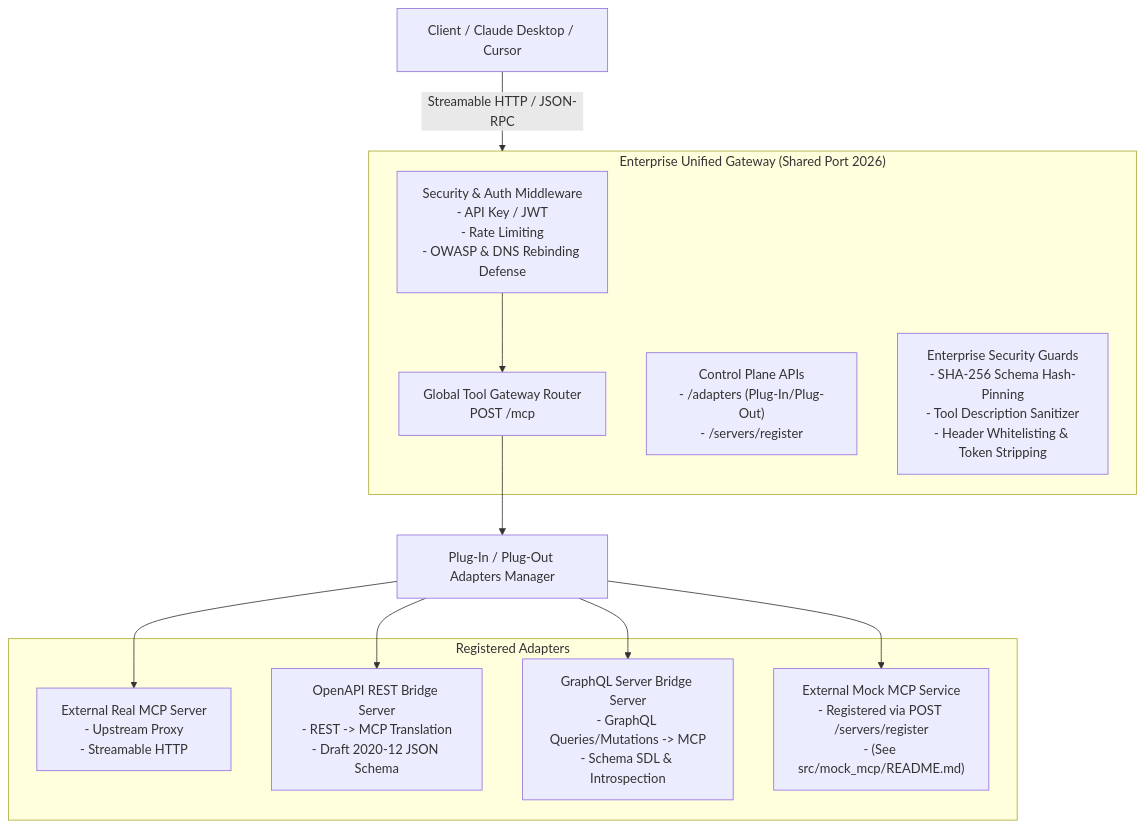
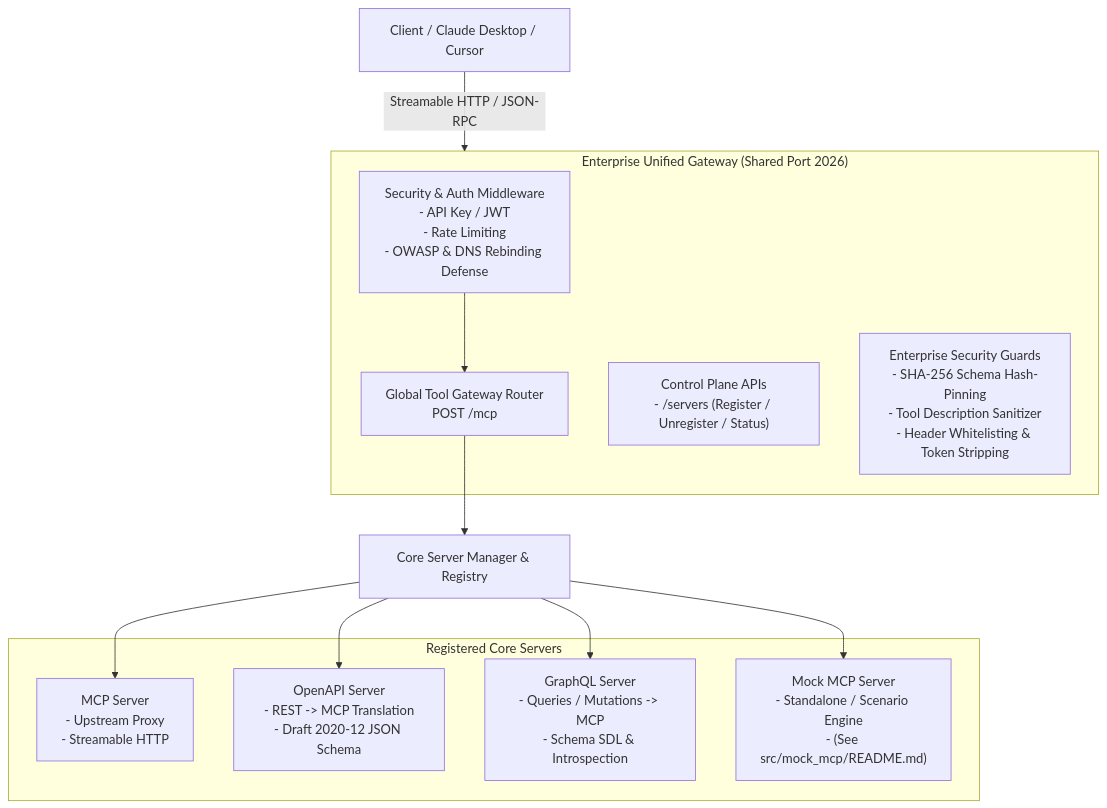
Before and after one commit to phonhay103/mcp-gateway: the diagram in README.md, drawn with Mermaid. The commit also changed other lines of this file and 51 other files, not shown here.

First line of the commit message:
Refactor mock MCP configuration paths and remove unused tools

````diff
--- a/README.md
+++ b/README.md
@@ -9,25 +9,25 @@
 ```mermaid
 graph TD
     Client[Client / Claude Desktop / Cursor] -->|Streamable HTTP / JSON-RPC| Gateway["Enterprise Unified Gateway (:2026)"]
 
     subgraph Gateway ["Enterprise Unified Gateway (Shared Port 2026)"]
         Sec["Security & Auth Middleware<br/>- API Key / JWT<br/>- Rate Limiting<br/>- OWASP & DNS Rebinding Defense"] --> Router
         Router["Global Tool Gateway Router<br/>POST /mcp"]
-        CP["Control Plane APIs<br/>- /adapters (Plug-In/Plug-Out)<br/>- /servers/register"]
+        CP["Control Plane APIs<br/>- /servers (Register / Unregister / Status)"]
         SecGuards["Enterprise Security Guards<br/>- SHA-256 Schema Hash-Pinning<br/>- Tool Description Sanitizer<br/>- Header Whitelisting & Token Stripping"]
     end
 
-    Router --> AdaptersMgr["Plug-In / Plug-Out Adapters Manager"]
+    Router --> CoreServerMgr["Core Server Manager & Registry"]
 
-    subgraph Adapters ["Registered Adapters"]
-        ExtProxy["External Real MCP Server<br/>- Upstream Proxy<br/>- Streamable HTTP"]
-        OpenAPIBridge["OpenAPI REST Bridge Server<br/>- REST -> MCP Translation<br/>- Draft 2020-12 JSON Schema"]
-        GraphQLBridge["GraphQL Server Bridge Server<br/>- GraphQL Queries/Mutations -> MCP<br/>- Schema SDL & Introspection"]
-        MockServer["External Mock MCP Service<br/>- Registered via POST /servers/register<br/>- (See src/mock_mcp/README.md)"]
+    subgraph CoreServers ["Registered Core Servers"]
+        MCPServer["MCP Server<br/>- Upstream Proxy<br/>- Streamable HTTP"]
+        OpenAPIServer["OpenAPI Server<br/>- REST -> MCP Translation<br/>- Draft 2020-12 JSON Schema"]
+        GraphQLServer["GraphQL Server<br/>- Queries / Mutations -> MCP<br/>- Schema SDL & Introspection"]
+        MockServer["Mock MCP Server<br/>- Standalone / Scenario Engine<br/>- (See src/mock_mcp/README.md)"]
     end
 
-    AdaptersMgr --> ExtProxy
-    AdaptersMgr --> OpenAPIBridge
-    AdaptersMgr --> GraphQLBridge
-    AdaptersMgr --> MockServer
+    CoreServerMgr --> MCPServer
+    CoreServerMgr --> OpenAPIServer
+    CoreServerMgr --> GraphQLServer
+    CoreServerMgr --> MockServer
 ```
````
